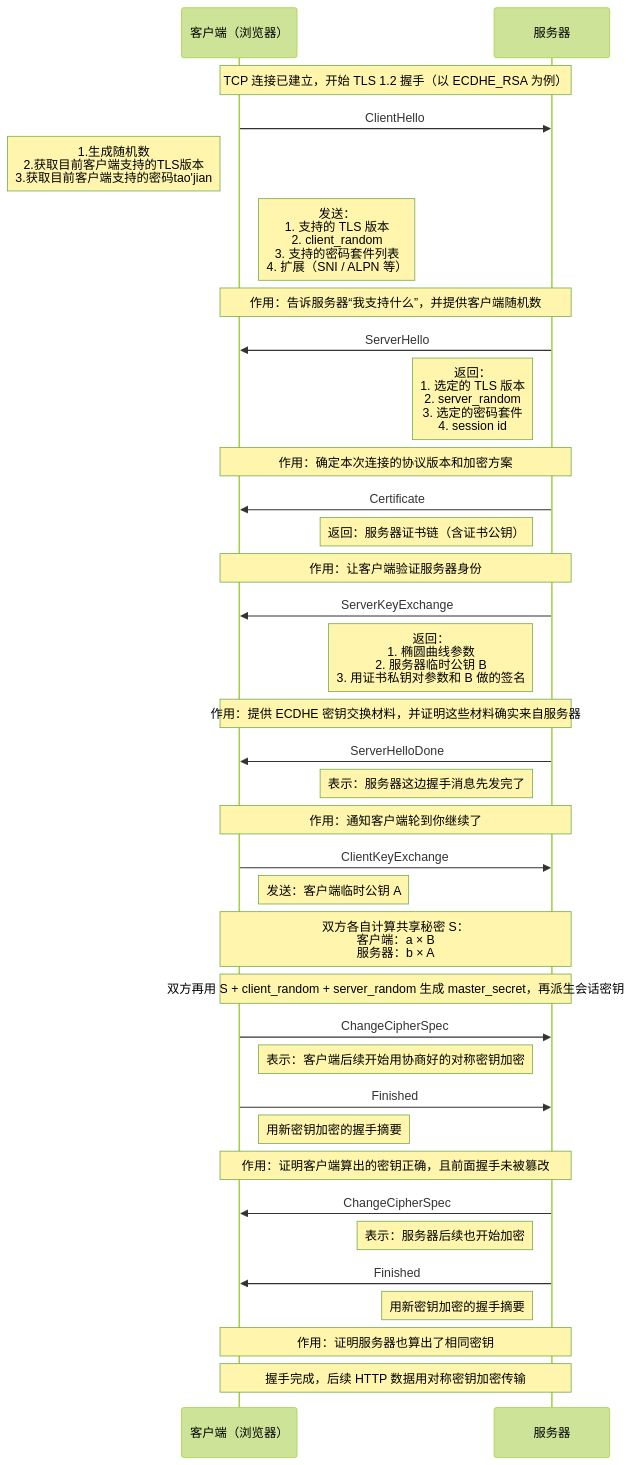
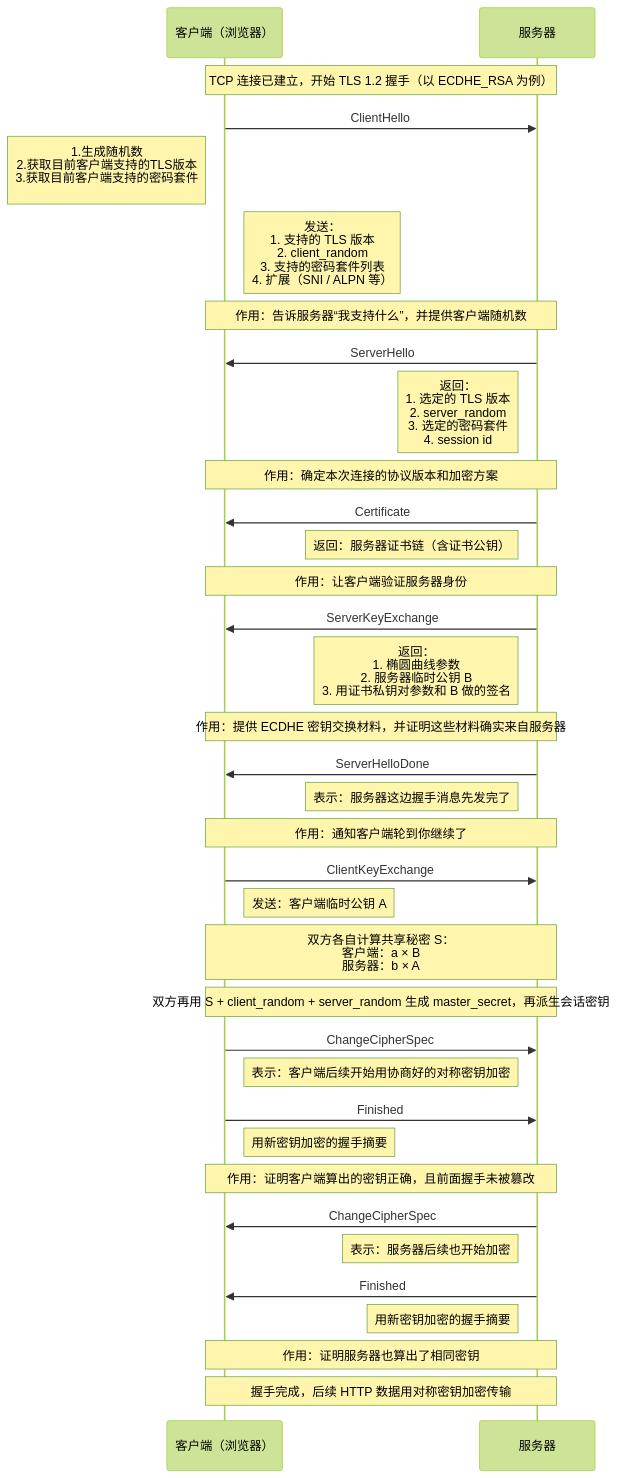
Before and after one commit to HY-10-8/iodraw-files: the diagram in all/TLS-1.2-ECDHA.md, drawn with Mermaid (forest theme).

Commit message:
2026-03-30 16:47:27 update

````diff
--- a/all/TLS-1.2-ECDHA.md
+++ b/all/TLS-1.2-ECDHA.md
@@ -1,50 +1,50 @@
 ```mermaid
 sequenceDiagram
     participant C as 客户端（浏览器）
     participant S as 服务器
 
     Note over C,S: TCP 连接已建立，开始 TLS 1.2 握手（以 ECDHE_RSA 为例）
 
     C->>S: ClientHello
-    Note left of C: 1.生成随机数<br/> 2.获取目前客户端支持的TLS版本<br/> 3.获取目前客户端支持的密码tao'jian
+    Note left of C: 1.生成随机数<br/> 2.获取目前客户端支持的TLS版本<br/> 3.获取目前客户端支持的密码套件<br/> 
     Note right of C: 发送：<br/>1. 支持的 TLS 版本<br/>2. client_random<br/>3. 支持的密码套件列表<br/>4. 扩展（SNI / ALPN 等）
     Note over C,S: 作用：告诉服务器“我支持什么”，并提供客户端随机数
 
     S->>C: ServerHello
     Note left of S: 返回：<br/>1. 选定的 TLS 版本<br/>2. server_random<br/>3. 选定的密码套件<br/>4. session id
     Note over C,S: 作用：确定本次连接的协议版本和加密方案
 
     S->>C: Certificate
     Note left of S: 返回：服务器证书链（含证书公钥）
     Note over C,S: 作用：让客户端验证服务器身份
 
     S->>C: ServerKeyExchange
     Note left of S: 返回：<br/>1. 椭圆曲线参数<br/>2. 服务器临时公钥 B<br/>3. 用证书私钥对参数和 B 做的签名
     Note over C,S: 作用：提供 ECDHE 密钥交换材料，并证明这些材料确实来自服务器
 
     S->>C: ServerHelloDone
     Note left of S: 表示：服务器这边握手消息先发完了
     Note over C,S: 作用：通知客户端轮到你继续了
 
     C->>S: ClientKeyExchange
     Note right of C: 发送：客户端临时公钥 A
     Note over C,S: 双方各自计算共享秘密 S：<br/>客户端：a × B<br/>服务器：b × A
 
     Note over C,S: 双方再用 S + client_random + server_random 生成 master_secret，再派生会话密钥
 
     C->>S: ChangeCipherSpec
     Note right of C: 表示：客户端后续开始用协商好的对称密钥加密
 
     C->>S: Finished
     Note right of C: 用新密钥加密的握手摘要
     Note over C,S: 作用：证明客户端算出的密钥正确，且前面握手未被篡改
 
     S->>C: ChangeCipherSpec
     Note left of S: 表示：服务器后续也开始加密
 
     S->>C: Finished
     Note left of S: 用新密钥加密的握手摘要
     Note over C,S: 作用：证明服务器也算出了相同密钥
 
     Note over C,S: 握手完成，后续 HTTP 数据用对称密钥加密传输
 ```
````
